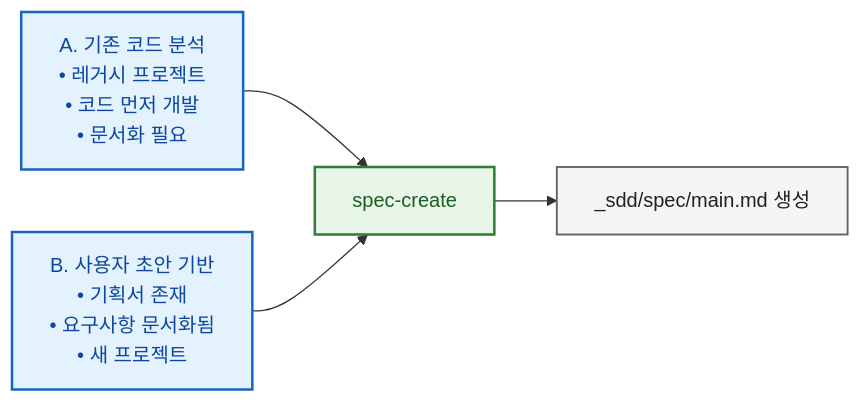
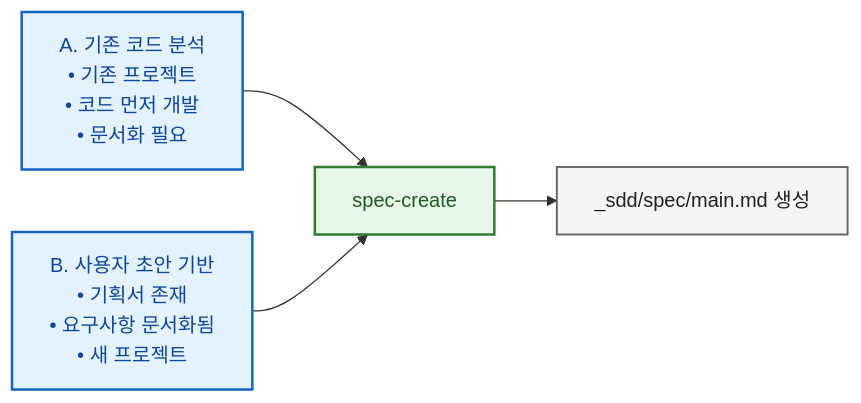
Before and after one commit to malfo-y/sdd-skills: the second of 6 diagrams in SDD_WORKFLOW.md, drawn with Mermaid. The commit also changed other lines of this file and 1 other file, not shown here.

````diff
--- a/SDD_WORKFLOW.md
+++ b/SDD_WORKFLOW.md
@@ -126,10 +122,10 @@
 ```mermaid
 flowchart LR
-    A["A. 기존 코드 분석<br/>• 레거시 프로젝트<br/>• 코드 먼저 개발<br/>• 문서화 필요"]:::choice --> SC["spec-create"]:::action
+    A["A. 기존 코드 분석<br/>• 기존 프로젝트<br/>• 코드 먼저 개발<br/>• 문서화 필요"]:::choice --> SC["spec-create"]:::action
     B["B. 사용자 초안 기반<br/>• 기획서 존재<br/>• 요구사항 문서화됨<br/>• 새 프로젝트"]:::choice --> SC
     SC --> Out["_sdd/spec/main.md 생성"]:::output
 
     classDef choice fill:#E3F2FD,stroke:#1565C0,stroke-width:2px,color:#0D47A1;
     classDef action fill:#E8F5E9,stroke:#2E7D32,stroke-width:2px,color:#1B5E20;
     classDef output fill:#F5F5F5,stroke:#616161,stroke-width:1.5px,color:#212121;
 ```
````
